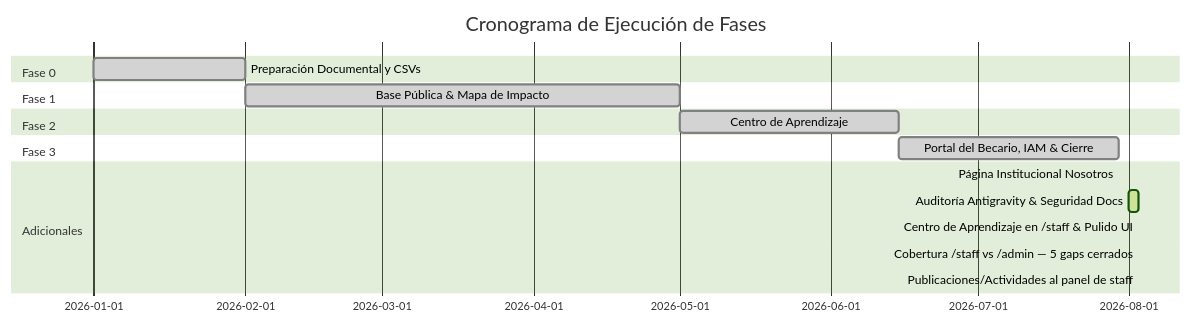
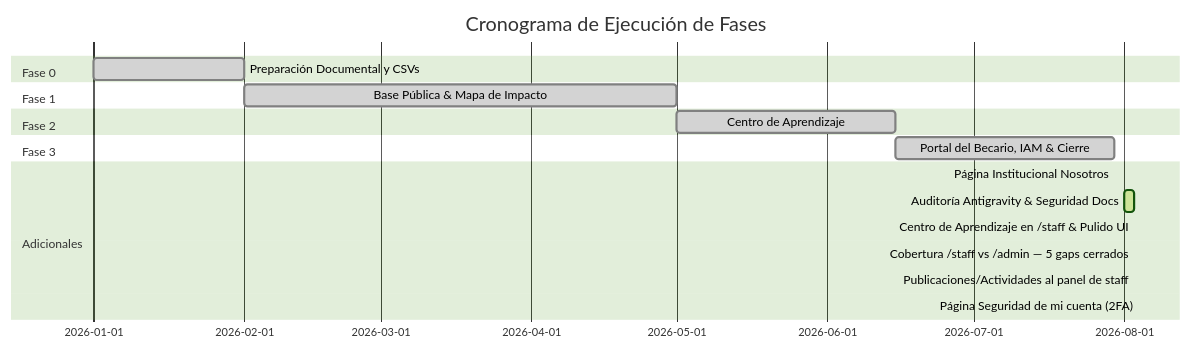
The diagram in obsidian/05 - Planificación & Estado/🚀 Plan de Ejecución & Estado de Fases.md (fabianconte7dg3/ForumPage), drawn with Mermaid (forest theme) before and after one commit. The commit also changed other lines of this file and 2 other files, not shown here.

Commit message:
docs: sincronizar docs/plan.md y Obsidian con la página de Seguridad (2FA)

````diff
--- a/obsidian/05 - Planificación & Estado/🚀 Plan de Ejecución & Estado de Fases.md
+++ b/obsidian/05 - Planificación & Estado/🚀 Plan de Ejecución & Estado de Fases.md
@@ -26,19 +26,20 @@
 ```mermaid
 gantt
     title Cronograma de Ejecución de Fases
     dateFormat  YYYY-MM-DD
     section Fase 0
     Preparación Documental y CSVs     :done, f0, 2026-01-01, 2026-02-01
     section Fase 1
     Base Pública & Mapa de Impacto    :done, f1, 2026-02-01, 2026-05-01
     section Fase 2
     Centro de Aprendizaje             :done, f2, 2026-05-01, 2026-06-15
     section Fase 3
     Portal del Becario, IAM & Cierre  :done, f3, 2026-06-15, 2026-07-30
     section Adicionales
     Página Institucional Nosotros     :done, f4, 2026-07-30, 2026-07-30
     Auditoría Antigravity & Seguridad Docs :active, f5, 2026-08-01, 2026-08-03
     Centro de Aprendizaje en /staff & Pulido UI :done, f6, 2026-08-03, 2026-08-03
     Cobertura /staff vs /admin — 5 gaps cerrados :done, f7, 2026-08-03, 2026-08-03
     Publicaciones/Actividades al panel de staff :done, f8, 2026-08-03, 2026-08-03
+    Página Seguridad de mi cuenta (2FA)          :done, f9, 2026-08-04, 2026-08-04
 ```
````
